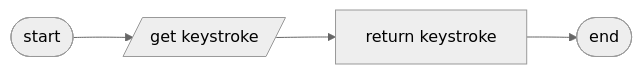
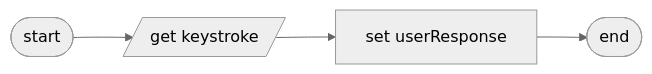
Before and after one commit to 7s4e/p3: the sixth of 13 diagrams in scripts/console/design.md, drawn with Mermaid (neutral theme). The commit also changed other lines of this file and 2 other files, not shown here.

Commit message:
return None from readKeystroke

````diff
--- a/scripts/console/design.md
+++ b/scripts/console/design.md
@@ -179,10 +179,10 @@
 ```mermaid
 flowchart LR
     STR([start])
         STR --> GET
     GET[/get keystroke/]
-        GET --> RTN
-    RTN[return keystroke]
-        RTN --> END
+        GET --> SET
+    SET[set userResponse]
+        SET --> END
     END([end])
 ```
````
